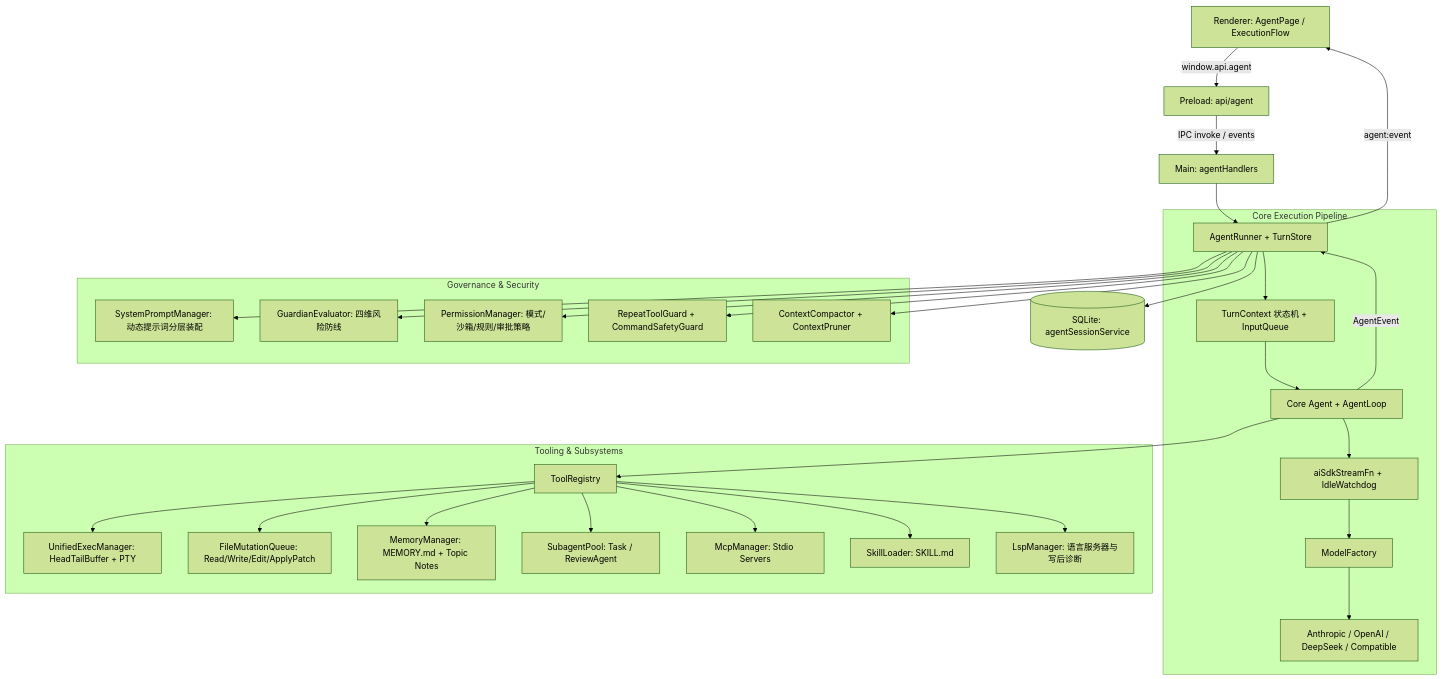
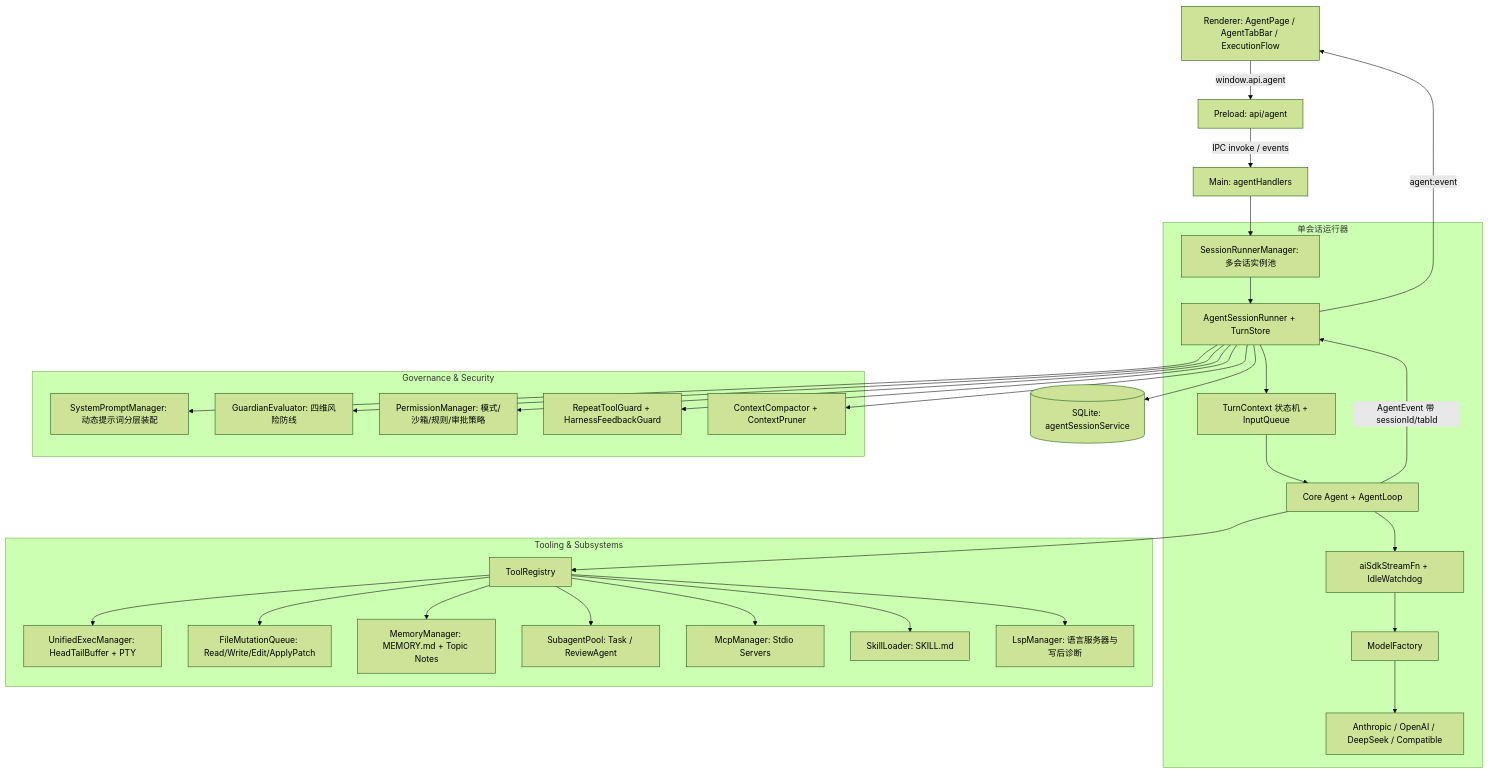
One commit to yonah-lin111/lx-agent changed the diagram in docs/agent/architecture.md. Above: the diagram before and after it, drawn with Mermaid (forest theme). The commit also changed other lines of this file and 21 other files, not shown here.

````diff
--- a/docs/agent/architecture.md
+++ b/docs/agent/architecture.md
@@ -16,37 +20,38 @@
 ```mermaid
 flowchart TD
-    UI[Renderer: AgentPage / ExecutionFlow] -->|window.api.agent| Preload[Preload: api/agent]
+    UI[Renderer: AgentPage / AgentTabBar / ExecutionFlow] -->|window.api.agent| Preload[Preload: api/agent]
     Preload -->|IPC invoke / events| IPC[Main: agentHandlers]
-    IPC --> Runner[AgentRunner + TurnStore]
-    
-    subgraph Core Execution Pipeline
+    IPC --> SRM[SessionRunnerManager: 多会话实例池]
+
+    subgraph AgentSessionRunner [单会话运行器]
+        SRM --> Runner[AgentSessionRunner + TurnStore]
         Runner --> TurnSM[TurnContext 状态机 + InputQueue]
         TurnSM --> AgentCore[Core Agent + AgentLoop]
         AgentCore --> Adapter[aiSdkStreamFn + IdleWatchdog]
         Adapter --> MF[ModelFactory]
         MF --> Providers[Anthropic / OpenAI / DeepSeek / Compatible]
     end
 
     subgraph Governance & Security
         Runner --> SPM[SystemPromptManager: 动态提示词分层装配]
         Runner --> Guardian[GuardianEvaluator: 四维风险防线]
         Runner --> Perm[PermissionManager: 模式/沙箱/规则/审批策略]
-        Runner --> Guard[RepeatToolGuard + CommandSafetyGuard]
+        Runner --> Guard[RepeatToolGuard + HarnessFeedbackGuard]
         Runner --> Compaction[ContextCompactor + ContextPruner]
     end
 
     subgraph Tooling & Subsystems
         AgentCore --> Tools[ToolRegistry]
         Tools --> Exec[UnifiedExecManager: HeadTailBuffer + PTY]
         Tools --> FileOps[FileMutationQueue: Read/Write/Edit/ApplyPatch]
         Tools --> Memory[MemoryManager: MEMORY.md + Topic Notes]
         Tools --> Subagents[SubagentPool: Task / ReviewAgent]
         Tools --> MCP[McpManager: Stdio Servers]
         Tools --> Skills[SkillLoader: SKILL.md]
         Tools --> LSP[LspManager: 语言服务器与写后诊断]
     end
 
     Runner --> DB[(SQLite: agentSessionService)]
-    AgentCore -->|AgentEvent| Runner
+    AgentCore -->|AgentEvent 带 sessionId/tabId| Runner
     Runner -->|agent:event| UI
 ```
````
